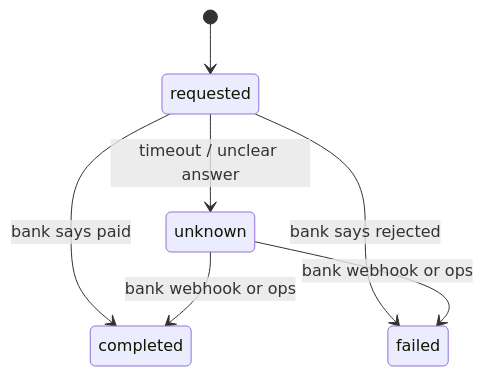
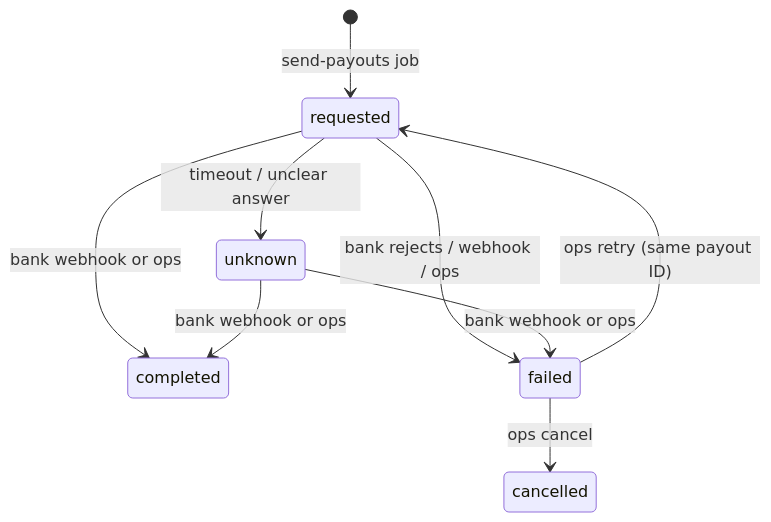
One commit to hacu9/beloz-challenge changed the second of 3 diagrams in docs/architecture.md. Above: the diagram before and after it, drawn with Mermaid. The commit also changed other lines of this file and 26 other files, not shown here.

````diff
--- a/docs/architecture.md
+++ b/docs/architecture.md
@@ -162,9 +164,11 @@
 ```mermaid
 stateDiagram-v2
-  [*] --> requested
-  requested --> completed: bank says paid
-  requested --> failed: bank says rejected
+  [*] --> requested: send-payouts job
+  requested --> completed: bank webhook or ops
+  requested --> failed: bank rejects / webhook / ops
   requested --> unknown: timeout / unclear answer
   unknown --> completed: bank webhook or ops
   unknown --> failed: bank webhook or ops
+  failed --> requested: ops retry (same payout ID)
+  failed --> cancelled: ops cancel
 ```
````
